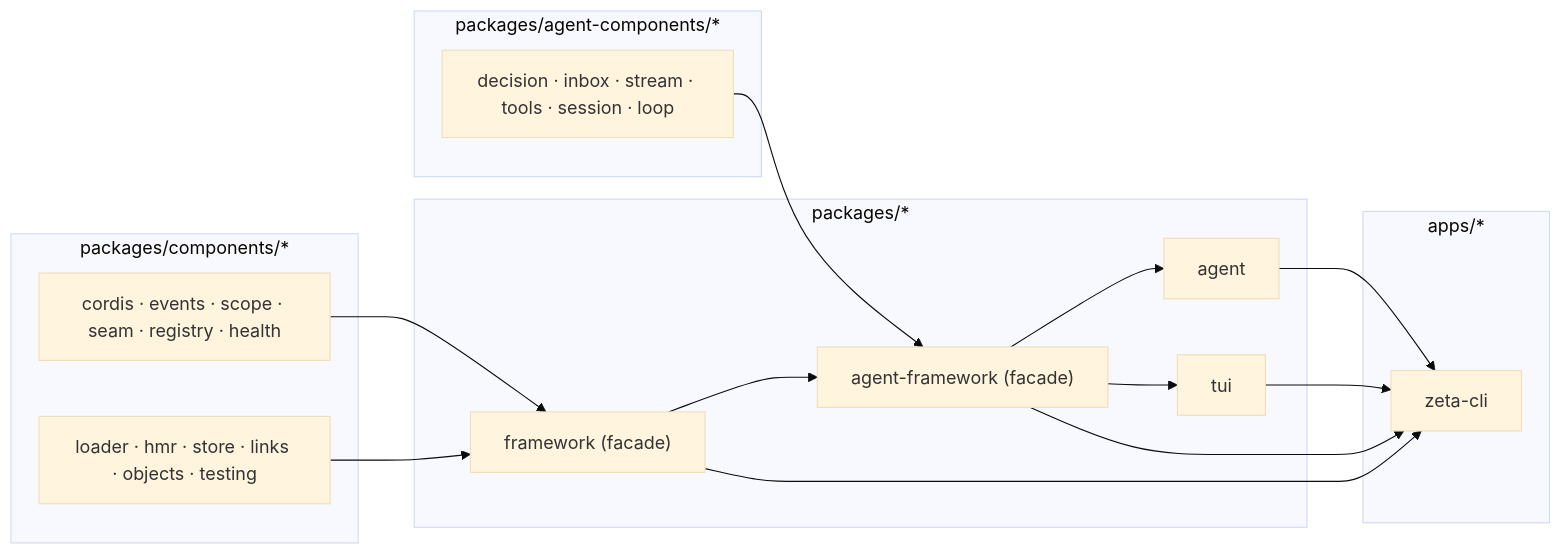
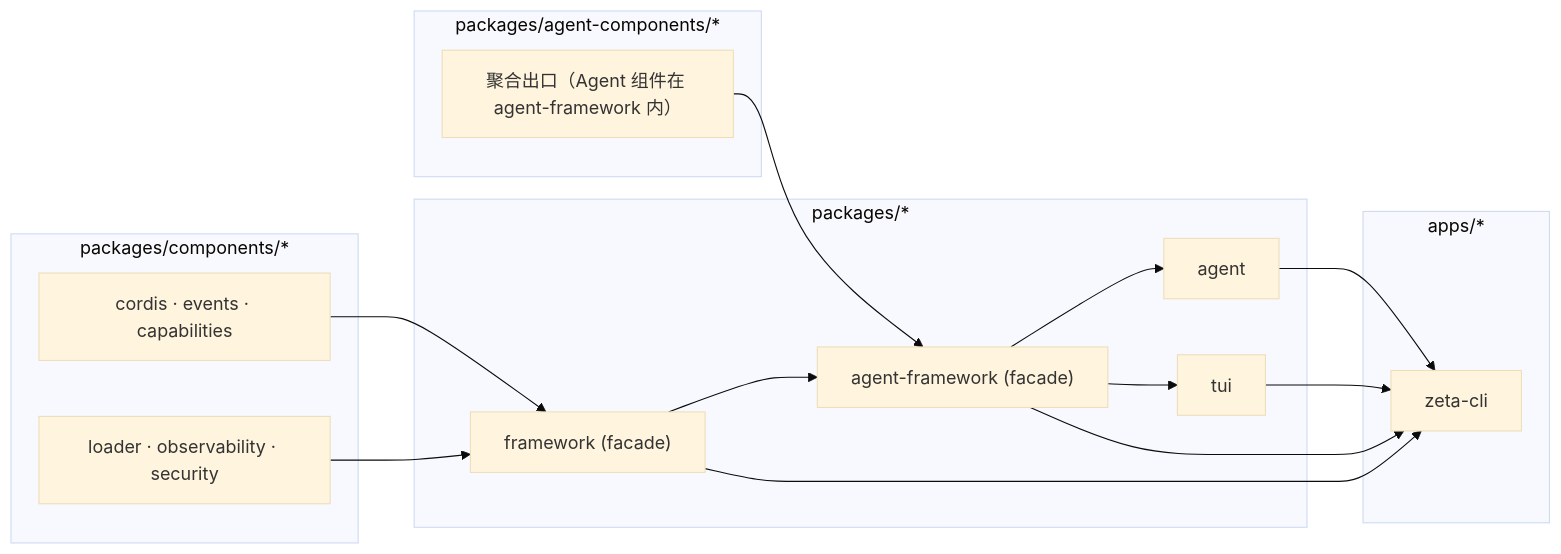
The second of 2 diagrams in docs/desgin/architecture/README.md (jesspig/zeta-agent), drawn with Mermaid (base theme) before and after one commit. The commit also changed other lines of this file and 3 other files, not shown here.

````diff
--- a/docs/desgin/architecture/README.md
+++ b/docs/desgin/architecture/README.md
@@ -41,25 +41,25 @@
 ```mermaid
 flowchart LR
     subgraph W1["packages/*"]
         FW["framework (facade)"]
         AFW["agent-framework (facade)"]
         AG["agent"]
         TU["tui"]
     end
     subgraph W2["packages/components/*"]
-        C1["cordis · events · scope · seam · registry · health"]
-        C2["loader · hmr · store · links · objects · testing"]
+        C1["cordis · events · capabilities"]
+        C2["loader · observability · security"]
     end
     subgraph W3["packages/agent-components/*"]
-        D1["decision · inbox · stream · tools · session · loop"]
+        D1["聚合出口（Agent 组件在 agent-framework 内）"]
     end
     subgraph W4["apps/*"]
         CLI["zeta-cli"]
     end
     C1 & C2 --> FW
     D1 --> AFW
     FW --> AFW
     AFW --> AG
     AFW --> TU
     AG & TU & AFW & FW --> CLI
 ```
````
